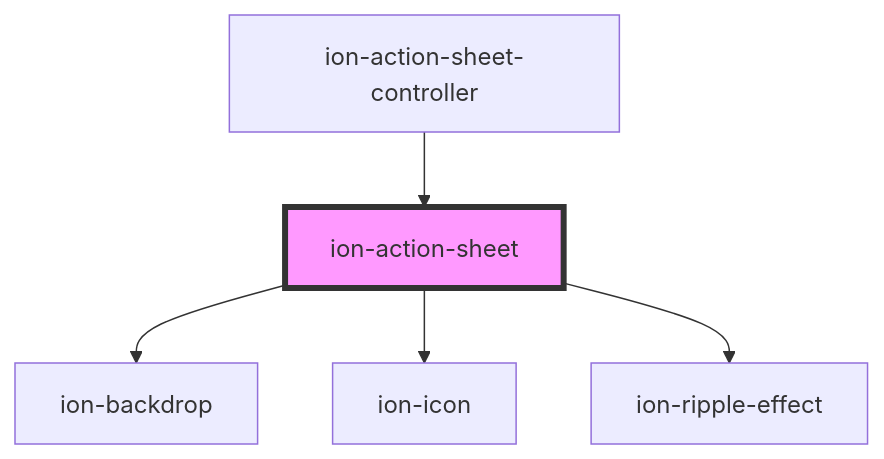
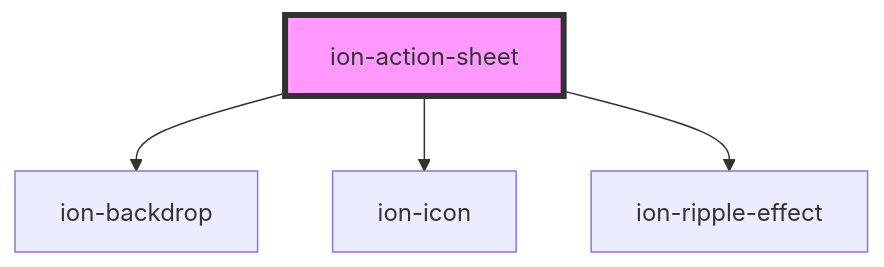
One commit to ionic-team/ionic-framework changed the diagram in core/src/components/action-sheet/readme.md. Above: the diagram before and after it, drawn with Mermaid. The commit also changed other lines of this file and 31 other files, not shown here.

````diff
--- a/core/src/components/action-sheet/readme.md
+++ b/core/src/components/action-sheet/readme.md
@@ -356,8 +352,7 @@
 ```mermaid
 graph TD;
   ion-action-sheet --> ion-backdrop
   ion-action-sheet --> ion-icon
   ion-action-sheet --> ion-ripple-effect
-  ion-action-sheet-controller --> ion-action-sheet
   style ion-action-sheet fill:#f9f,stroke:#333,stroke-width:4px
 ```
````
